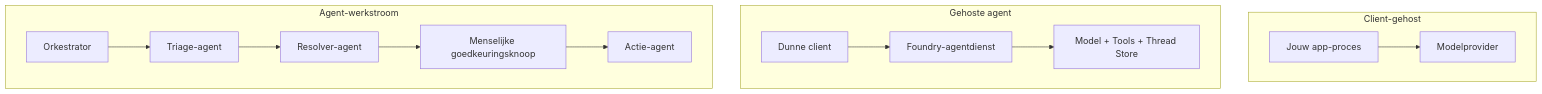
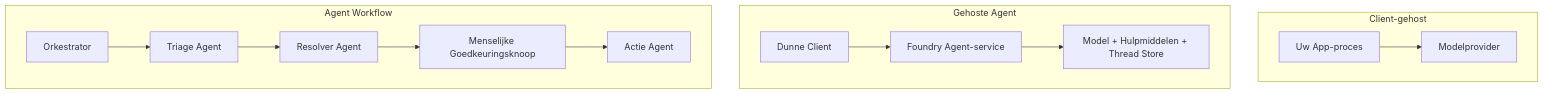
One commit to microsoft/ai-agents-for-beginners changed the first of 4 diagrams in translations/nl/16-deploying-scalable-agents/README.md. Above: the diagram before and after it, drawn with Mermaid. The commit also changed other lines of this file and 47 other files, not shown here.

````diff
--- a/translations/nl/16-deploying-scalable-agents/README.md
+++ b/translations/nl/16-deploying-scalable-agents/README.md
@@ -87,16 +87,16 @@
 ```mermaid
 flowchart TB
     subgraph P1[Client-gehost]
-        A1[Jouw app-proces] --> M1[Modelprovider]
+        A1[Uw App-proces] --> M1[Modelprovider]
     end
-    subgraph P2[Gehoste agent]
-        A2[Dunne client] --> F2[Foundry-agentdienst]
-        F2 --> M2[Model + Tools + Thread Store]
+    subgraph P2[Gehoste Agent]
+        A2[Dunne Client] --> F2[Foundry Agent-service]
+        F2 --> M2[Model + Hulpmiddelen + Thread Store]
     end
-    subgraph P3[Agent-werkstroom]
-        A3[Orkestrator] --> S1[Triage-agent]
-        S1 --> S2[Resolver-agent]
-        S2 --> H[Menselijke goedkeuringsknoop]
-        H --> S3[Actie-agent]
+    subgraph P3[Agent Workflow]
+        A3[Orkestrator] --> S1[Triage Agent]
+        S1 --> S2[Resolver Agent]
+        S2 --> H[Menselijke Goedkeuringsknoop]
+        H --> S3[Actie Agent]
     end
 ```
````
